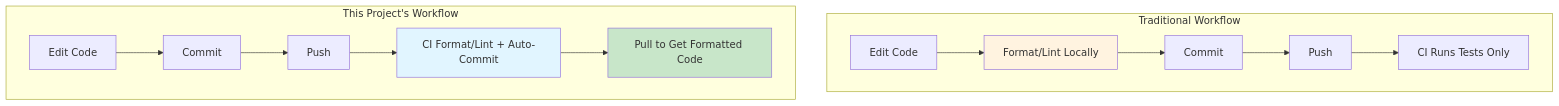
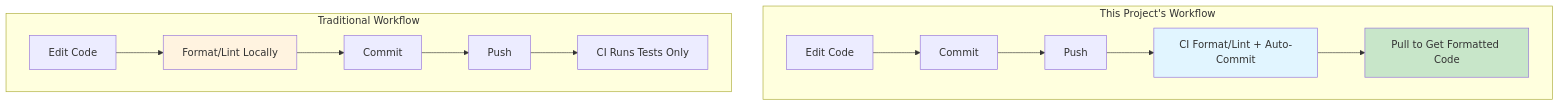
One commit to borealBytes/startup-blueprint changed the first of 6 diagrams in .github/CI_CD_GUIDE.md. Above: the diagram before and after it, drawn with Mermaid. The commit also changed other lines of this file, not shown here.

First line of the commit message:
docs(ci): reorder workflow comparison diagram for better readability

````diff
--- a/.github/CI_CD_GUIDE.md
+++ b/.github/CI_CD_GUIDE.md
@@ -11,20 +11,20 @@
 ```mermaid
 graph TB
+    subgraph "This Project's Workflow"
+        B1[Edit Code] --> B2[Commit]
+        B2 --> B3[Push]
+        B3 --> B4[CI Format/Lint + Auto-Commit]
+        B4 --> B5[Pull to Get Formatted Code]
+    end
+
     subgraph "Traditional Workflow"
         A1[Edit Code] --> A2[Format/Lint Locally]
         A2 --> A3[Commit]
         A3 --> A4[Push]
         A4 --> A5[CI Runs Tests Only]
     end
 
-    subgraph "This Project's Workflow"
-        B1[Edit Code] --> B2[Commit]
-        B2 --> B3[Push]
-        B3 --> B4[CI Format/Lint + Auto-Commit]
-        B4 --> B5[Pull to Get Formatted Code]
-    end
-
-    style A2 fill:#fff3e0
     style B4 fill:#e1f5ff
     style B5 fill:#c8e6c9
+    style A2 fill:#fff3e0
 ```
````
